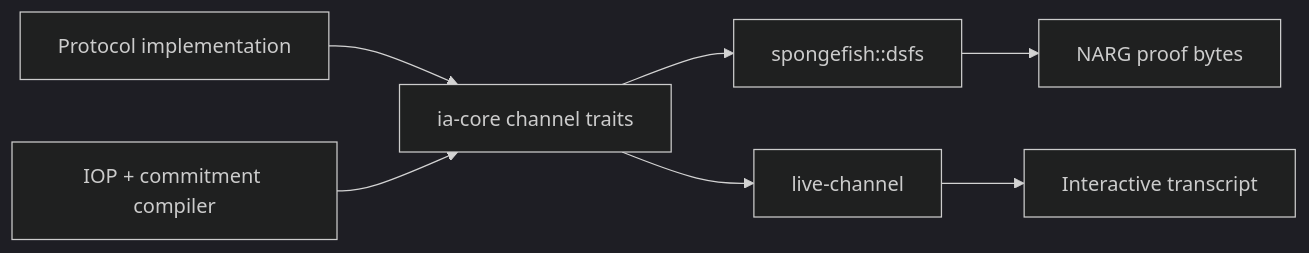
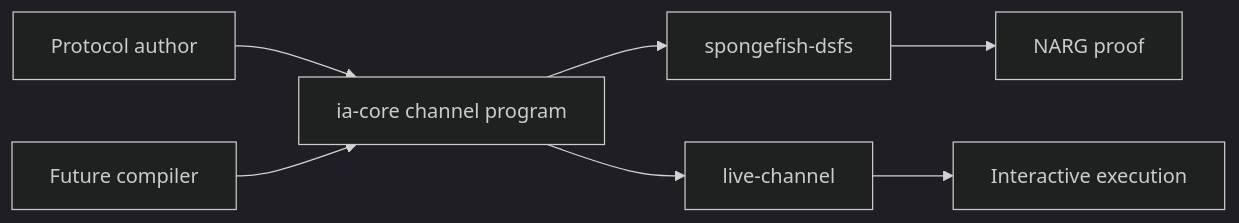
Before and after one commit to ricardo-perello/argus: the diagram in docs/architecture/overview.md, drawn with Mermaid (dark theme). The commit also changed other lines of this file and 33 other files, not shown here.

````diff
--- a/docs/architecture/overview.md
+++ b/docs/architecture/overview.md
@@ -36,9 +53,9 @@
 ```mermaid
 flowchart LR
-    A["Protocol implementation"] --> B["ia-core channel traits"]
-    G["IOP + commitment compiler"] --> B
-    B --> C["spongefish::dsfs"]
-    B --> D["live-channel"]
-    C --> E["NARG proof bytes"]
-    D --> F["Interactive transcript"]
+    A["Protocol author"] --> C["ia-core channel program"]
+    B["Future compiler"] --> C
+    C --> D["spongefish-dsfs"]
+    C --> E["live-channel"]
+    D --> F["NARG proof"]
+    E --> G["Interactive execution"]
 ```
````
